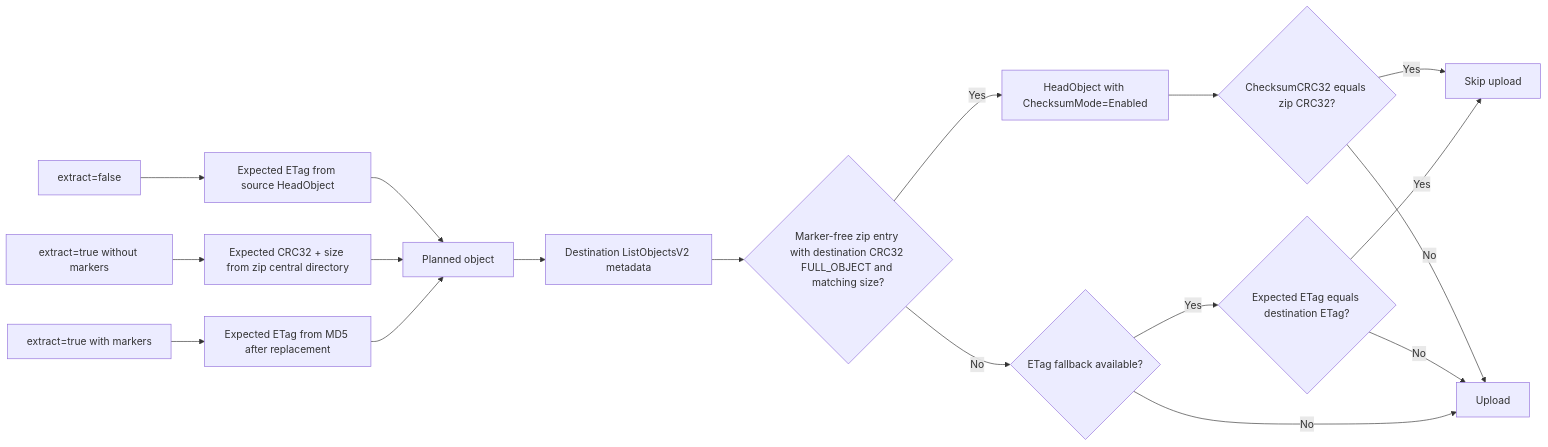
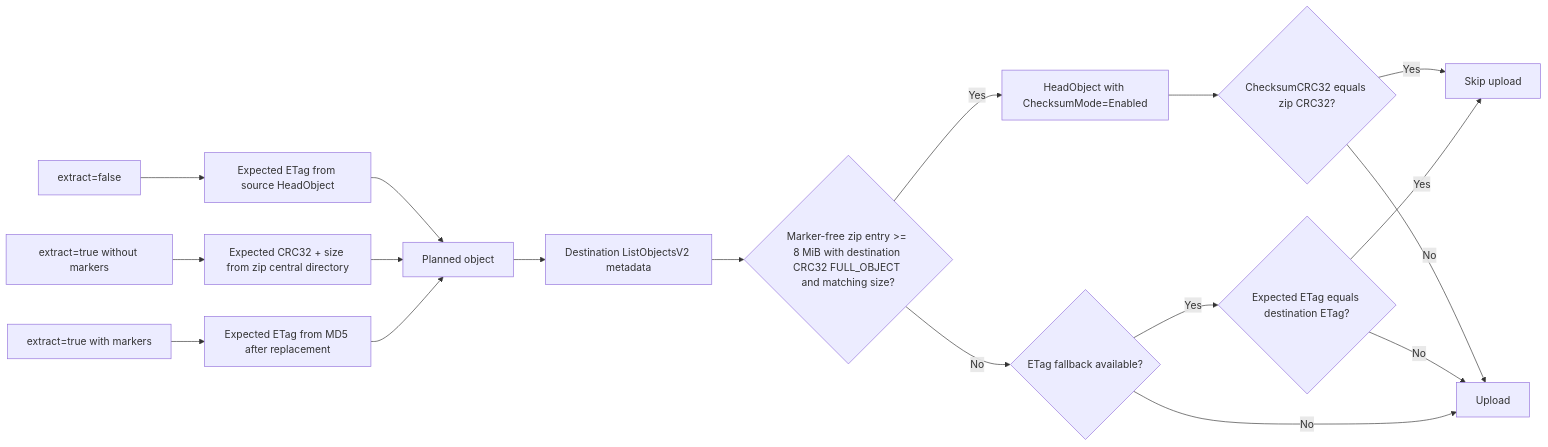
The third of 4 diagrams in docs/lambda-workflow.md (garysassano/cargo-bucket-deployment), drawn with Mermaid before and after one commit. The commit also changed other lines of this file and 11 other files, not shown here.

````diff
--- a/docs/lambda-workflow.md
+++ b/docs/lambda-workflow.md
@@ -147,22 +156,22 @@
 ```mermaid
 flowchart LR
   A["Planned object"] --> B["Destination ListObjectsV2 metadata"]
-  B --> C{"Marker-free zip entry with destination CRC32 FULL_OBJECT and matching size?"}
+  B --> C{"Marker-free zip entry >= 8 MiB with destination CRC32 FULL_OBJECT and matching size?"}
   C -->|Yes| D["HeadObject with ChecksumMode=Enabled"]
   D --> E{"ChecksumCRC32 equals zip CRC32?"}
   E -->|Yes| F["Skip upload"]
   E -->|No| G["Upload"]
   C -->|No| H{"ETag fallback available?"}
   H -->|Yes| I{"Expected ETag equals destination ETag?"}
   I -->|Yes| F
   I -->|No| G
   H -->|No| G
 
   J["extract=false"] --> K["Expected ETag from source HeadObject"]
   L["extract=true without markers"] --> M["Expected CRC32 + size from zip central directory"]
   N["extract=true with markers"] --> O["Expected ETag from MD5 after replacement"]
 
   K --> A
   M --> A
   O --> A
 ```
````
